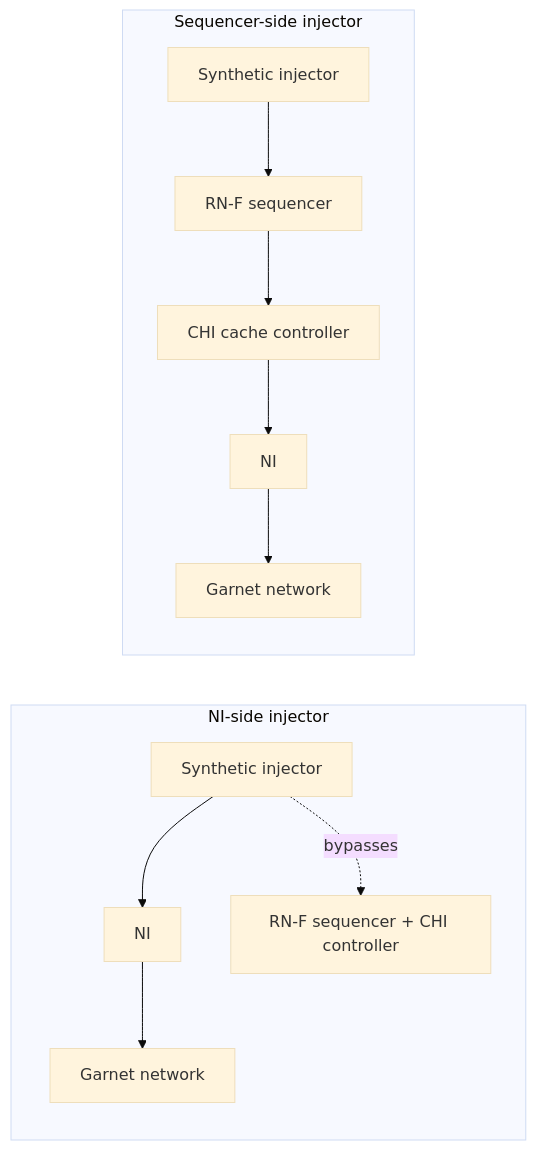
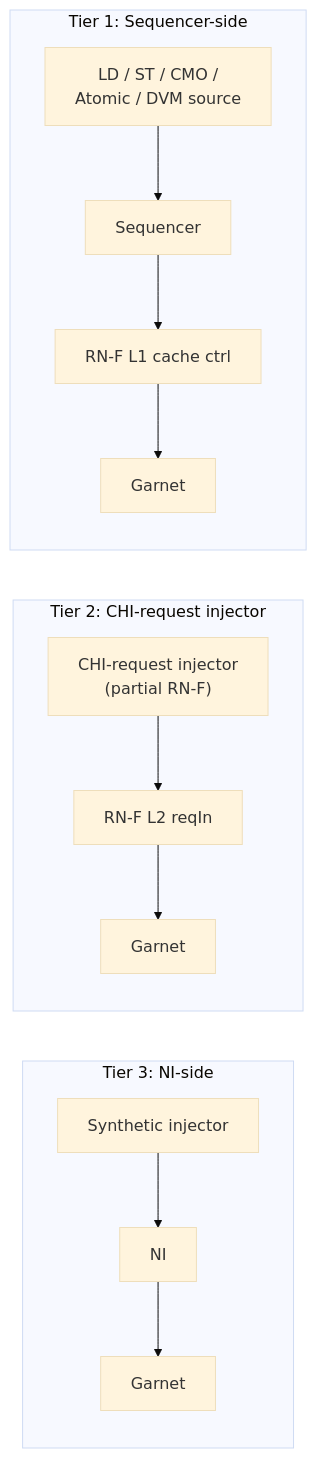
One commit to ripopov/gem5 changed the second of 6 diagrams in ruby-book/extra/CHIGarnetStandaloneChapterOutline.md. Above: the diagram before and after it, drawn with Mermaid (base theme). The commit also changed other lines of this file, not shown here.

Commit message:
misc: Add Tier 2 injection to CHI Garnet chapter outline

````diff
--- a/ruby-book/extra/CHIGarnetStandaloneChapterOutline.md
+++ b/ruby-book/extra/CHIGarnetStandaloneChapterOutline.md
@@ -168,18 +187,22 @@
 ```mermaid
 flowchart LR
-    subgraph NI["NI-side injector"]
-        NINJ["Synthetic injector"]
-        NNI["NI"]
-        NBYP["RN-F sequencer + CHI controller"]
-        NINJ --> NNI --> NNOC["Garnet network"]
-        NINJ -. bypasses .-> NBYP
+    subgraph T3["Tier 3: NI-side"]
+        T3I["Synthetic injector"]
+        T3N["NI"]
+        T3I --> T3N --> T3G["Garnet"]
     end
 
-    subgraph SQ["Sequencer-side injector"]
-        SINJ["Synthetic injector"]
-        SSEQ["RN-F sequencer"]
-        SRN["CHI cache controller"]
-        SNI["NI"]
-        SINJ --> SSEQ --> SRN --> SNI --> SNOC["Garnet network"]
+    subgraph T2["Tier 2: CHI-request injector"]
+        T2I["CHI-request injector<br/>(partial RN-F)"]
+        T2N["RN-F L2 reqIn"]
+        T2I --> T2N
+        T2N --> T2G["Garnet"]
+    end
+
+    subgraph T1["Tier 1: Sequencer-side"]
+        T1I["LD / ST / CMO /<br/>Atomic / DVM source"]
+        T1S["Sequencer"]
+        T1R["RN-F L1 cache ctrl"]
+        T1I --> T1S --> T1R --> T1G["Garnet"]
     end
 ```
````
